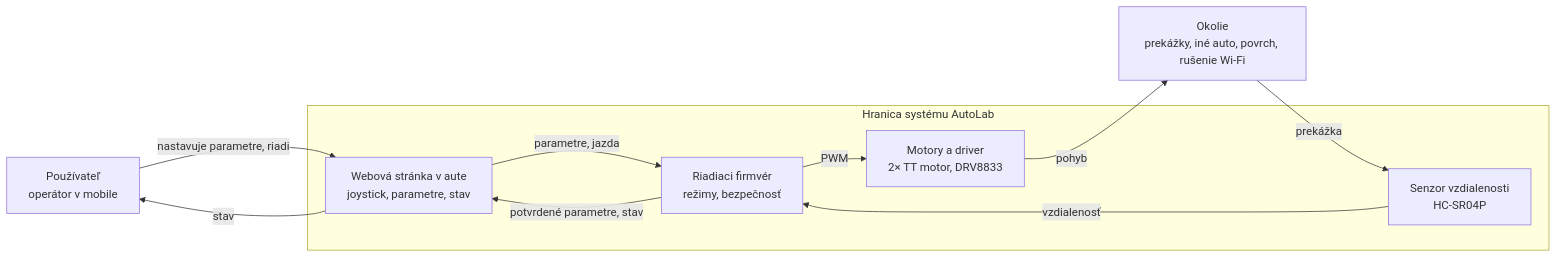
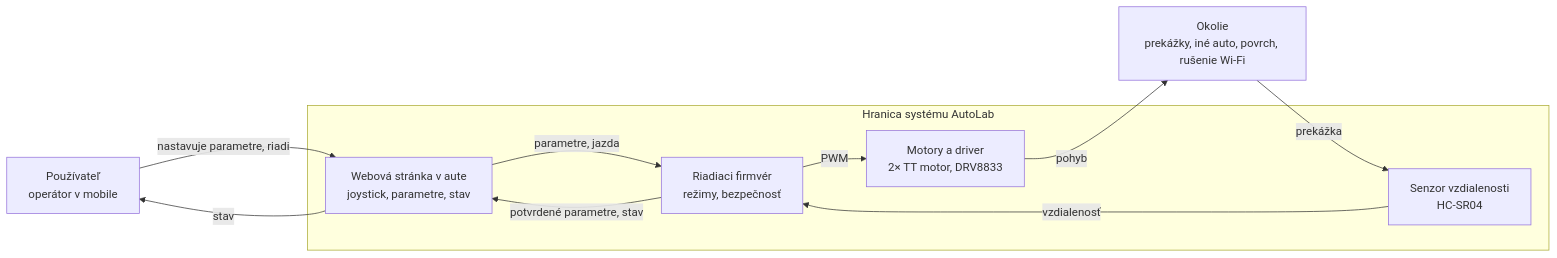
One commit to Hinzun/PRJ-069-AutoLab changed the diagram in docs/specifikacia.md. Above: the diagram before and after it, drawn with Mermaid. The commit also changed other lines of this file and 29 other files, not shown here.

````diff
--- a/docs/specifikacia.md
+++ b/docs/specifikacia.md
@@ -22,19 +22,19 @@
 ```mermaid
 flowchart LR
     U[Používateľ<br/>operátor v mobile]
     subgraph S[Hranica systému AutoLab]
         W[Webová stránka v aute<br/>joystick, parametre, stav]
         F[Riadiaci firmvér<br/>režimy, bezpečnosť]
-        SE[Senzor vzdialenosti<br/>HC-SR04P]
+        SE[Senzor vzdialenosti<br/>HC-SR04]
         M[Motory a driver<br/>2× TT motor, DRV8833]
     end
     E[Okolie<br/>prekážky, iné auto, povrch, rušenie Wi-Fi]
     U -- nastavuje parametre, riadi --> W
     W -- stav --> U
     W -- parametre, jazda --> F
     F -- potvrdené parametre, stav --> W
     SE -- vzdialenosť --> F
     F -- PWM --> M
     M -- pohyb --> E
     E -- prekážka --> SE
 ```
````
